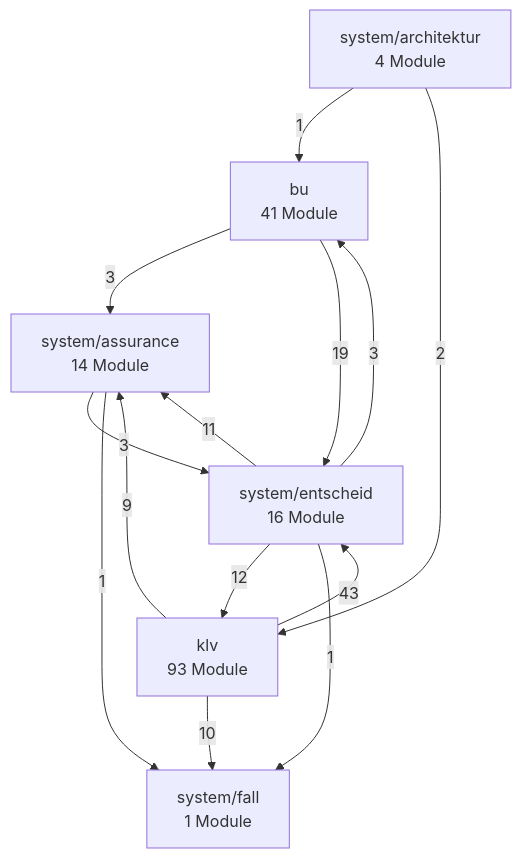
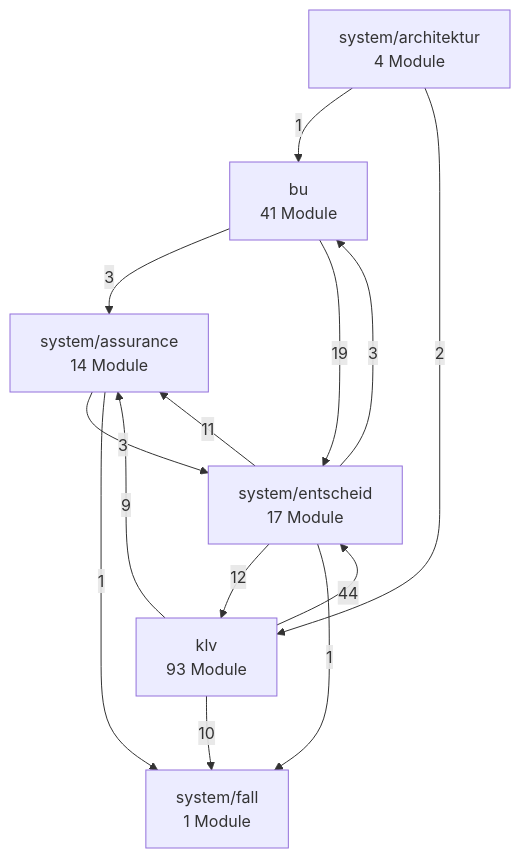
Before and after one commit to bartlmac/rechner-pipeline: the second of 3 diagrams in docs/architektur/landkarte.md, drawn with Mermaid. The commit also changed other lines of this file and 21 other files, not shown here.

````diff
--- a/docs/architektur/landkarte.md
+++ b/docs/architektur/landkarte.md
@@ -78,23 +78,23 @@
 ```mermaid
 %% Fachknoten — erzeugt von ontologie.landkarte
 flowchart TD
     bu["bu<br/>41 Module"]
     klv["klv<br/>93 Module"]
     system_architektur["system/architektur<br/>4 Module"]
     system_assurance["system/assurance<br/>14 Module"]
-    system_entscheid["system/entscheid<br/>16 Module"]
+    system_entscheid["system/entscheid<br/>17 Module"]
     system_fall["system/fall<br/>1 Module"]
     bu -- 3 --> system_assurance
     bu -- 19 --> system_entscheid
     klv -- 9 --> system_assurance
-    klv -- 43 --> system_entscheid
+    klv -- 44 --> system_entscheid
     klv -- 10 --> system_fall
     system_architektur -- 1 --> bu
     system_architektur -- 2 --> klv
     system_assurance -- 3 --> system_entscheid
     system_assurance -- 1 --> system_fall
     system_entscheid -- 3 --> bu
     system_entscheid -- 12 --> klv
     system_entscheid -- 11 --> system_assurance
     system_entscheid -- 1 --> system_fall
 ```
````
